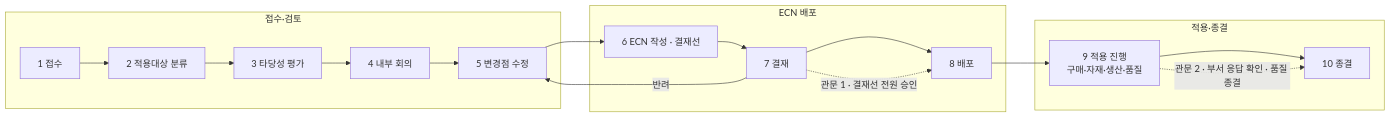
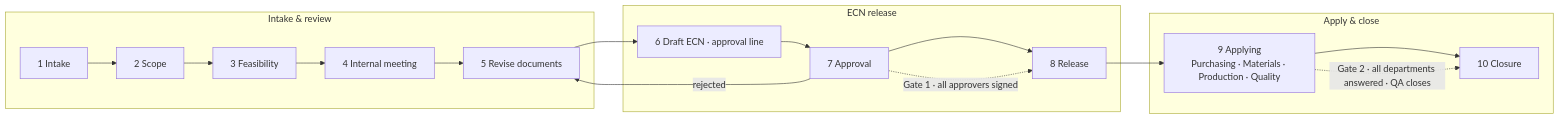
One commit to hupositoc/product-lifecycle-platform changed the second of 2 diagrams in docs/01-process-redesign.md. Above: the diagram before and after it, drawn with Mermaid. The commit also changed other lines of this file and 14 other files, not shown here.

````diff
--- a/docs/01-process-redesign.md
+++ b/docs/01-process-redesign.md
@@ -34,17 +34,17 @@
 ```mermaid
 flowchart LR
-    subgraph P1["접수·검토"]
-        s1[1 접수] --> s2[2 적용대상 분류] --> s3[3 타당성 평가] --> s4[4 내부 회의] --> s5[5 변경점 수정]
+    subgraph P1["Intake & review"]
+        s1[1 Intake] --> s2[2 Scope] --> s3[3 Feasibility] --> s4[4 Internal meeting] --> s5[5 Revise documents]
     end
-    subgraph P2["ECN 배포"]
-        s6[6 ECN 작성 · 결재선] --> s7[7 결재] --> s8[8 배포]
+    subgraph P2["ECN release"]
+        s6[6 Draft ECN · approval line] --> s7[7 Approval] --> s8[8 Release]
     end
-    subgraph P3["적용·종결"]
-        s9[9 적용 진행<br/>구매·자재·생산·품질] --> s10[10 종결]
+    subgraph P3["Apply & close"]
+        s9[9 Applying<br/>Purchasing · Materials · Production · Quality] --> s10[10 Closure]
     end
     s5 --> s6
-    s7 -. 관문 1 · 결재선 전원 승인 .-> s8
+    s7 -. Gate 1 · all approvers signed .-> s8
     s8 --> s9
-    s9 -. 관문 2 · 부서 응답 확인 · 품질 종결 .-> s10
-    s7 -- 반려 --> s5
+    s9 -. Gate 2 · all departments answered · QA closes .-> s10
+    s7 -- rejected --> s5
 ```
````
